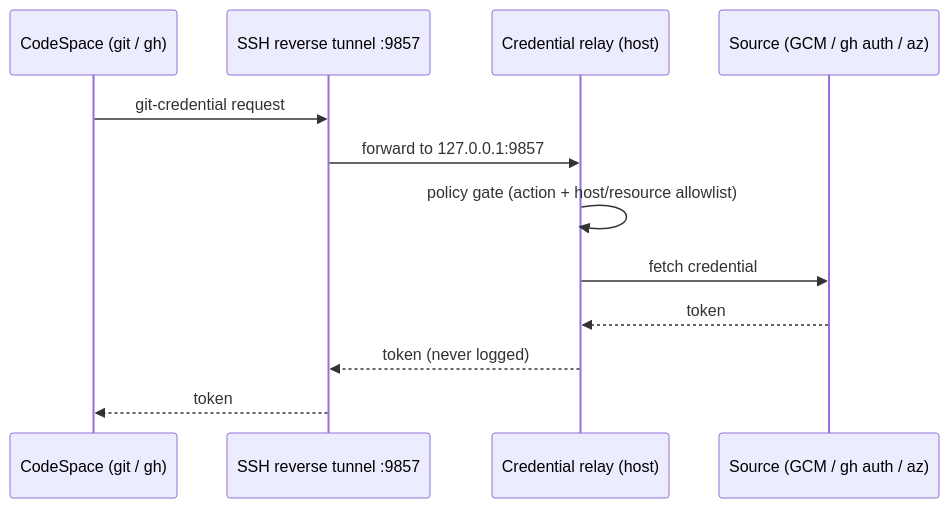
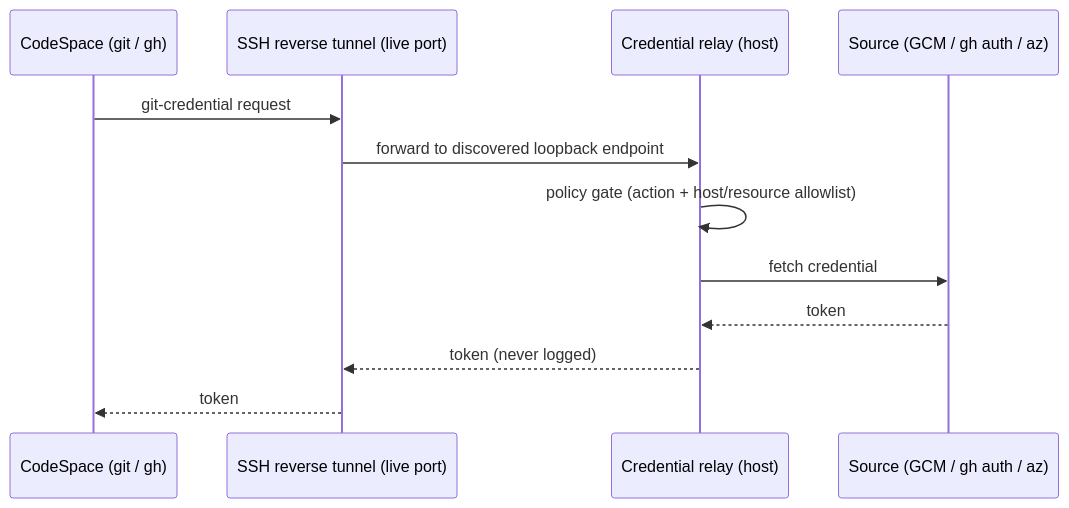
The third of 4 diagrams in docs/architecture.md (ThomasMichon/copilot-extensions), drawn with Mermaid before and after one commit. The commit also changed other lines of this file and 5 other files, not shown here.

````diff
--- a/docs/architecture.md
+++ b/docs/architecture.md
@@ -446,14 +446,14 @@
 ```mermaid
 sequenceDiagram
     participant Space as CodeSpace (git / gh)
-    participant Tunnel as SSH reverse tunnel :9857
+    participant Tunnel as SSH reverse tunnel (live port)
     participant Relay as Credential relay (host)
     participant Src as Source (GCM / gh auth / az)
     Space->>Tunnel: git-credential request
-    Tunnel->>Relay: forward to 127.0.0.1:9857
+    Tunnel->>Relay: forward to discovered loopback endpoint
     Relay->>Relay: policy gate (action + host/resource allowlist)
     Relay->>Src: fetch credential
     Src-->>Relay: token
     Relay-->>Tunnel: token (never logged)
     Tunnel-->>Space: token
 ```
````
